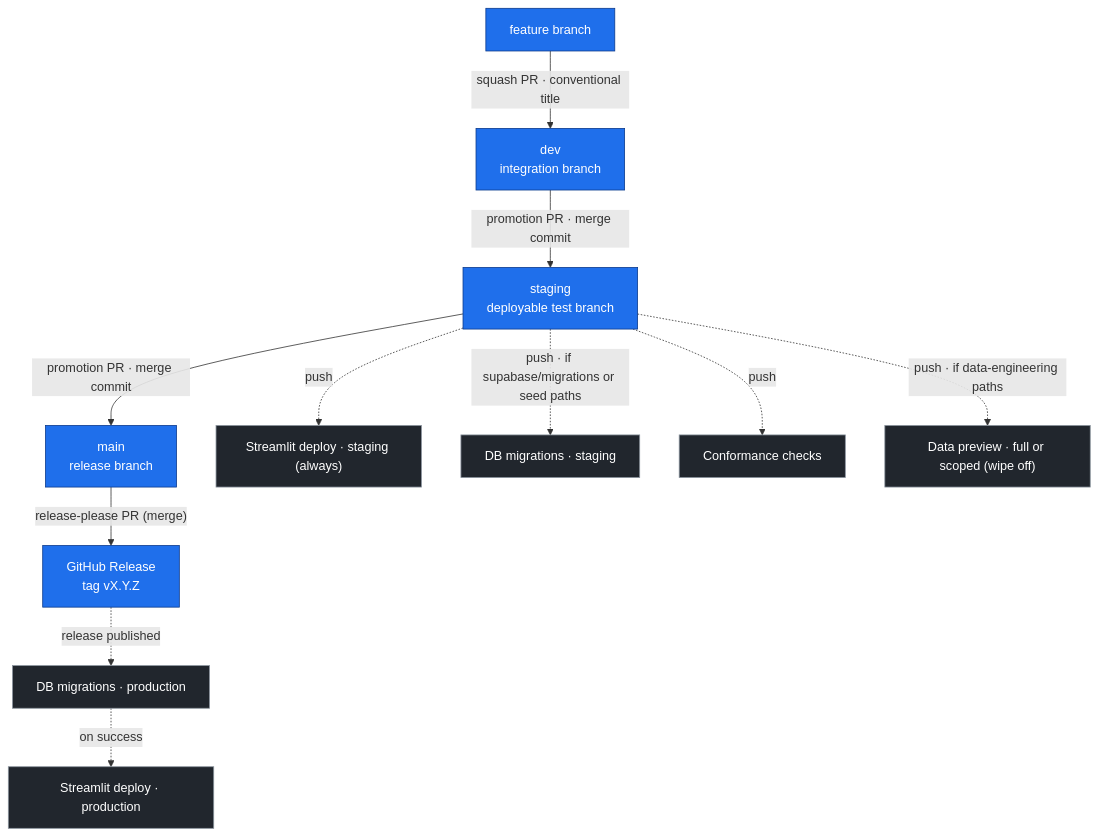
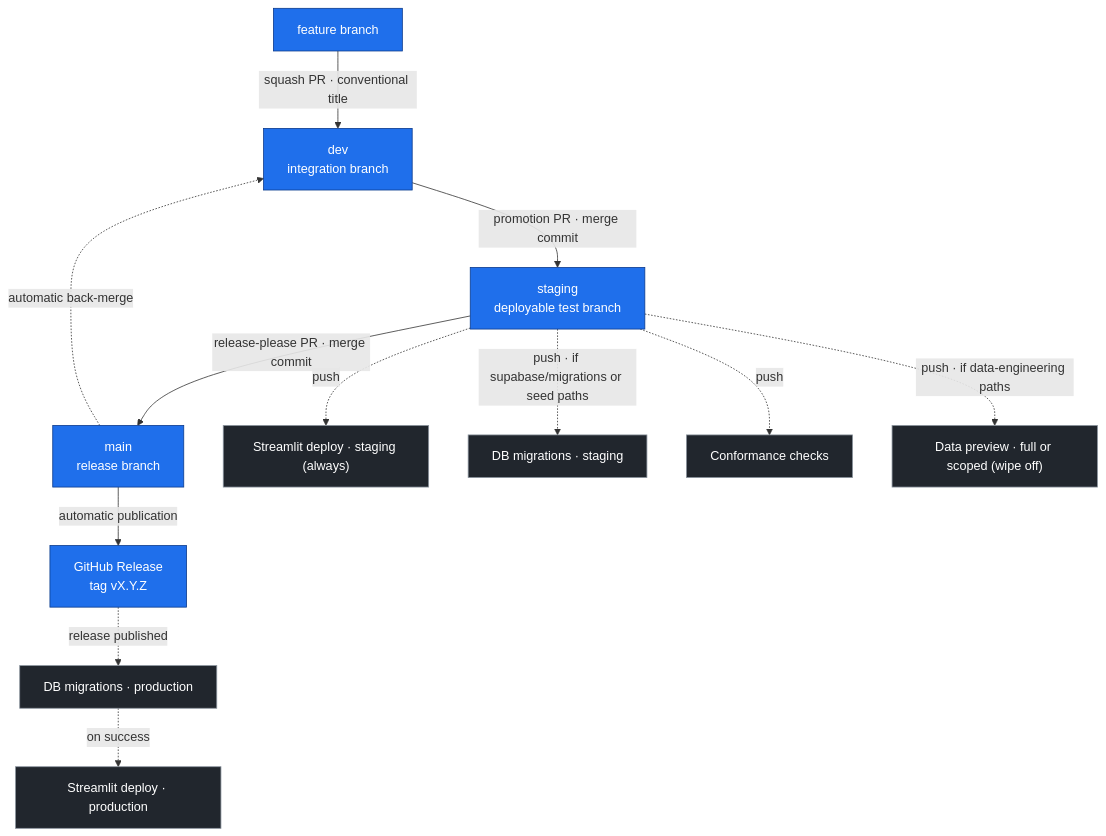
One commit to DGAFP/assistant-rh changed the diagram in docs/git_flow.md. Above: the diagram before and after it, drawn with Mermaid. The commit also changed other lines of this file and 10 other files, not shown here.

First line of the commit message:
feat(ci): make release PR the staging-to-main promotion (#416)

````diff
--- a/docs/git_flow.md
+++ b/docs/git_flow.md
@@ -9,20 +9,21 @@
 ```mermaid
 flowchart TD
     F["feature branch"] -->|"squash PR · conventional title"| DEV["dev<br/>integration branch"]
     DEV -->|"promotion PR · merge commit"| STG["staging<br/>deployable test branch"]
-    STG -->|"promotion PR · merge commit"| MAIN["main<br/>release branch"]
-    MAIN -->|"release-please PR (merge)"| REL["GitHub Release<br/>tag vX.Y.Z"]
+    STG -->|"release-please PR · merge commit"| MAIN["main<br/>release branch"]
+    MAIN -->|"automatic publication"| REL["GitHub Release<br/>tag vX.Y.Z"]
+    MAIN -.->|"automatic back-merge"| DEV
 
     STG -.->|push| S1["Streamlit deploy · staging (always)"]
     STG -.->|"push · if supabase/migrations or seed paths"| S2["DB migrations · staging"]
     STG -.->|push| S3["Conformance checks"]
     STG -.->|"push · if data-engineering paths"| S4["Data preview · full or scoped (wipe off)"]
 
     REL -.->|release published| P1["DB migrations · production"]
     P1 -.->|on success| P2["Streamlit deploy · production"]
 
     classDef branch fill:#1f6feb,stroke:#0b3a8c,color:#fff;
     classDef job fill:#21262d,stroke:#8b949e,color:#fff;
     class F,DEV,STG,MAIN,REL branch;
     class S1,S2,S3,S4,P1,P2 job;
 ```
````
